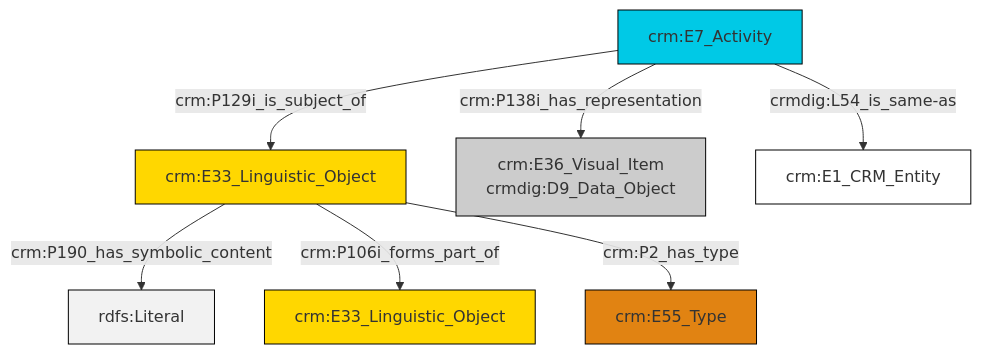
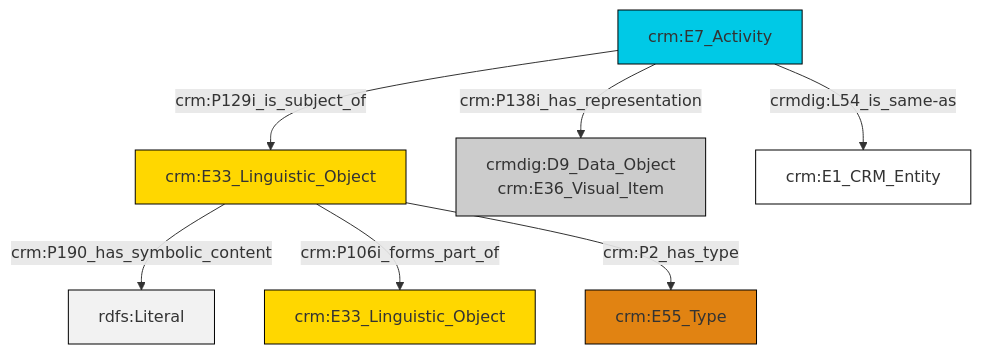
The diagram in et/eventCSV/ttl/mmd/event_documentation.ttl.mmd (swiss-art-research-net/reference-data-models), drawn with Mermaid before and after one commit. The commit also changed 126 other files, not shown here.

```diff
--- a/et/eventCSV/ttl/mmd/event_documentation.ttl.mmd
+++ b/et/eventCSV/ttl/mmd/event_documentation.ttl.mmd
@@ -1,21 +1,21 @@
 graph TD
 classDef Literal fill:#f2f2f2,stroke:#000000;
 classDef CRM_Entity fill:#FFFFFF,stroke:#000000;
 classDef Temporal_Entity fill:#00C9E6, stroke:#000000;
 classDef Type fill:#E18312, stroke:#000000;
 classDef Time-Span fill:#2C9C91, stroke:#000000;
 classDef Appellation fill:#FFEB7F, stroke:#000000;
 classDef Place fill:#008836, stroke:#000000;
 classDef Persistent_Item fill:#B266B2, stroke:#000000;
 classDef Conceptual_Object fill:#FFD700, stroke:#000000;
 classDef Physical_Thing fill:#D2B48C, stroke:#000000;
 classDef Actor fill:#f58aad, stroke:#000000;
 classDef PC_Classes fill:#4ce600, stroke:#000000;
 classDef Multi fill:#cccccc,stroke:#000000;
 
-0["crm:E7_Activity"]:::Temporal_Entity -->|crm:P129i_is_subject_of| 1["crm:E33_Linguistic_Object"]:::Conceptual_Object
-0["crm:E7_Activity"]:::Temporal_Entity -->|crmdig:L54_is_same-as| 4["crm:E1_CRM_Entity"]:::CRM_Entity
-0["crm:E7_Activity"]:::Temporal_Entity -->|crm:P138i_has_representation| 2["crm:E36_Visual_Item<br>crmdig:D9_Data_Object"]:::Multi
-1["crm:E33_Linguistic_Object"]:::Conceptual_Object -->|crm:P190_has_symbolic_content| 12[rdfs:Literal]:::Literal
-1["crm:E33_Linguistic_Object"]:::Conceptual_Object -->|crm:P106i_forms_part_of| 8["crm:E33_Linguistic_Object"]:::Conceptual_Object
-1["crm:E33_Linguistic_Object"]:::Conceptual_Object -->|crm:P2_has_type| 10["crm:E55_Type"]:::Type
+4["crm:E33_Linguistic_Object"]:::Conceptual_Object -->|crm:P190_has_symbolic_content| 5[rdfs:Literal]:::Literal
+6["crm:E7_Activity"]:::Temporal_Entity -->|crm:P138i_has_representation| 7["crmdig:D9_Data_Object<br>crm:E36_Visual_Item"]:::Multi
+4["crm:E33_Linguistic_Object"]:::Conceptual_Object -->|crm:P106i_forms_part_of| 2["crm:E33_Linguistic_Object"]:::Conceptual_Object
+6["crm:E7_Activity"]:::Temporal_Entity -->|crm:P129i_is_subject_of| 4["crm:E33_Linguistic_Object"]:::Conceptual_Object
+4["crm:E33_Linguistic_Object"]:::Conceptual_Object -->|crm:P2_has_type| 0["crm:E55_Type"]:::Type
+6["crm:E7_Activity"]:::Temporal_Entity -->|crmdig:L54_is_same-as| 9["crm:E1_CRM_Entity"]:::CRM_Entity
```
